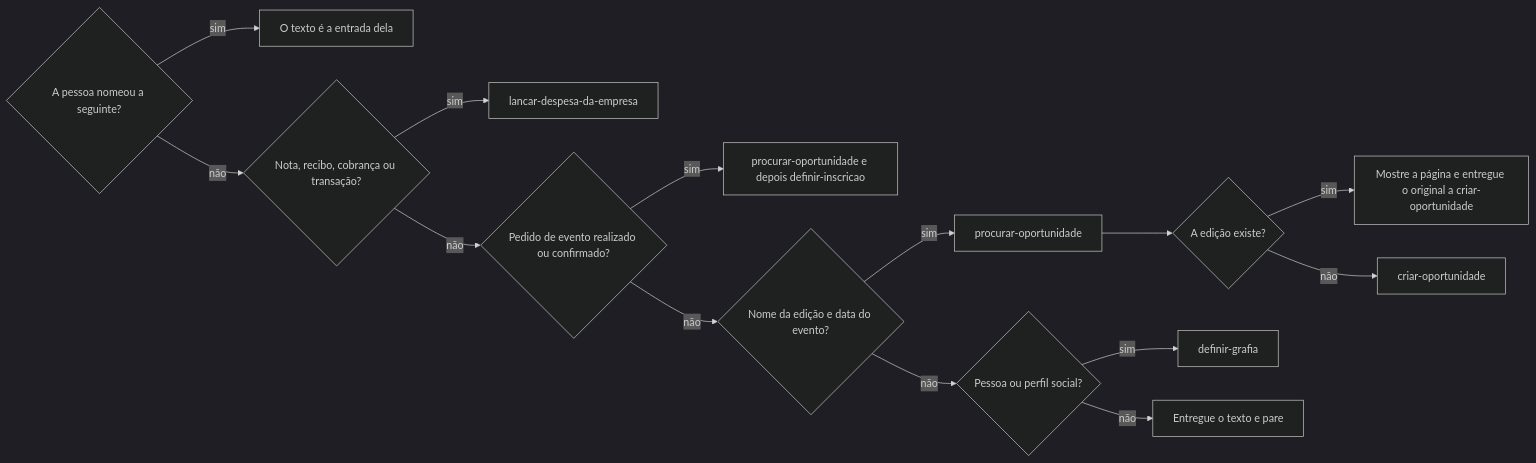
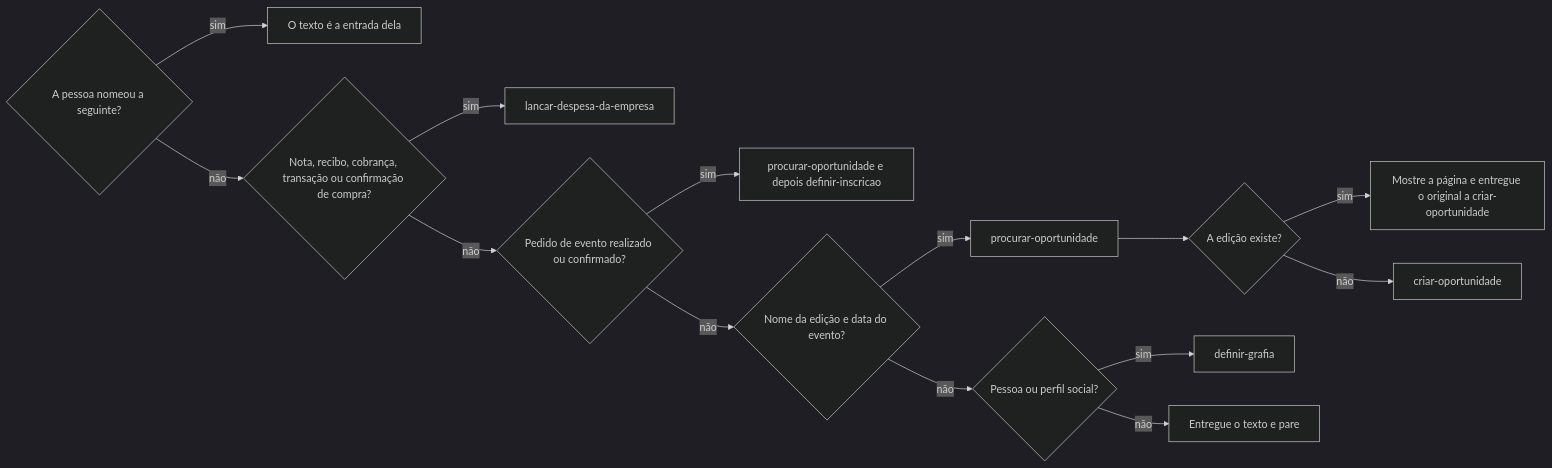
The first of 2 diagrams in .agents/skills/reconhecer-imagem/SKILL.md (jimmyandrade/harness), drawn with Mermaid (dark theme) before and after one commit. The commit also changed other lines of this file, not shown here.

````diff
--- a/.agents/skills/reconhecer-imagem/SKILL.md
+++ b/.agents/skills/reconhecer-imagem/SKILL.md
@@ -49,16 +49,16 @@
 ```mermaid
 flowchart LR
   A{A pessoa nomeou a seguinte?} -->|sim| B[O texto é a entrada dela]
-  A -->|não| M{Nota, recibo, cobrança ou transação?}
+  A -->|não| M{Nota, recibo, cobrança, transação ou confirmação de compra?}
   M -->|sim| N[lancar-despesa-da-empresa]
   M -->|não| C{Pedido de evento realizado ou confirmado?}
   C -->|sim| D[procurar-oportunidade e depois definir-inscricao]
   C -->|não| E{Nome da edição e data do evento?}
   E -->|sim| F[procurar-oportunidade]
   F --> J{A edição existe?}
   J -->|sim| K[Mostre a página e entregue o original a criar-oportunidade]
   J -->|não| L[criar-oportunidade]
   E -->|não| H{Pessoa ou perfil social?}
   H -->|sim| I[definir-grafia]
   H -->|não| G[Entregue o texto e pare]
 ```
````
